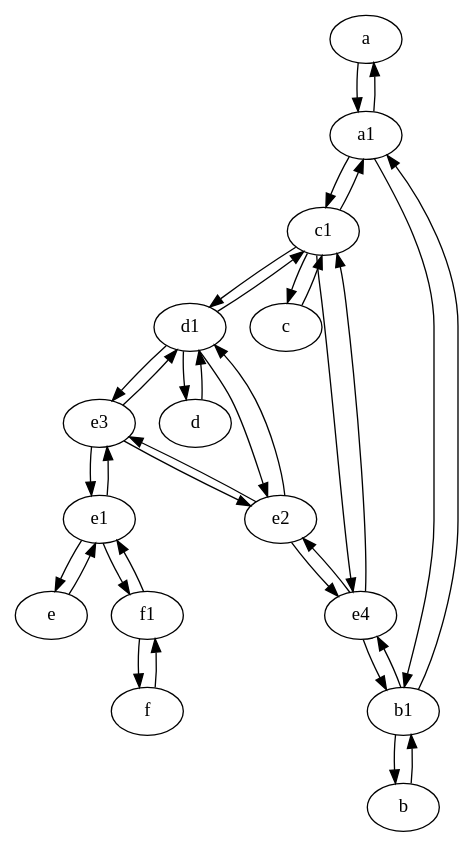
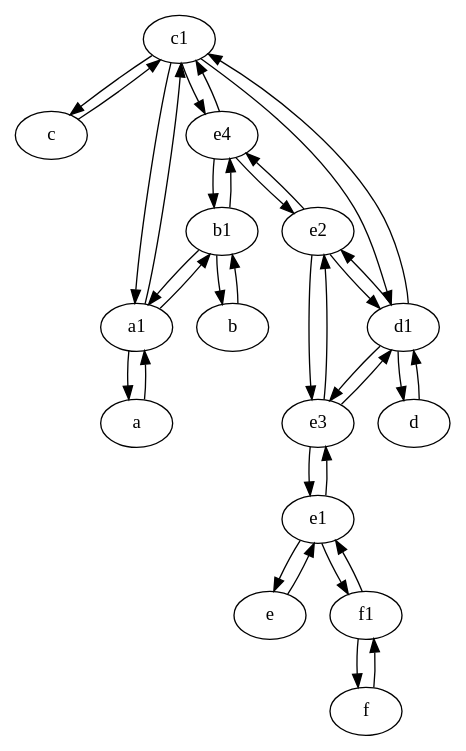
The diagram in results_distance/6et1/topologyorig.dot (anisabnis/graph_inference), drawn with Graphviz before and after one commit. The commit also changed other lines of this file and 156 other files, not shown here.

```diff
--- a/results_distance/6et1/topologyorig.dot
+++ b/results_distance/6et1/topologyorig.dot
@@ -1,52 +1,52 @@
 digraph  {
+	c1 [pos="30,15!"];
+	f [pos="15,45!"];
+	c [pos="20,10!"];
+	e4;
+	a1 [pos="40,15!"];
+	e1 [pos="25,45!"];
 	a [pos="40,10!"];
-	b1 [pos="45,20!"];
-	c1 [pos="30,15!"];
-	d1 [pos="25,30!"];
-	e4;
-	e2;
 	d [pos="20,30!"];
 	e [pos="30,50!"];
+	b1 [pos="45,20!"];
 	b [pos="50,20!"];
 	e3;
 	f1;
-	f [pos="15,45!"];
-	c [pos="20,10!"];
-	e1 [pos="25,45!"];
-	a1 [pos="40,15!"];
+	d1 [pos="25,30!"];
+	e2;
+	e2 -> d1;
+	f1 -> f;
+	e2 -> e3;
+	e1 -> f1;
+	a1 -> c1;
 	d -> d1;
 	a1 -> a;
+	e3 -> e1;
+	e1 -> e3;
+	d1 -> c1;
+	e2 -> e4;
+	d1 -> d;
+	e4 -> b1;
+	c1 -> d1;
+	e1 -> e;
+	e -> e1;
+	c1 -> c;
+	a1 -> b1;
+	f -> f1;
+	e4 -> c1;
 	b -> b1;
-	e4 -> c1;
-	f -> f1;
+	f1 -> e1;
+	c -> c1;
+	a -> a1;
+	b1 -> b;
+	c1 -> e4;
+	e4 -> e2;
+	c1 -> a1;
+	e3 -> d1;
+	d1 -> e2;
+	e3 -> e2;
+	b1 -> a1;
 	d1 -> e3;
-	e4 -> e2;
-	c1 -> d1;
-	c1 -> a1;
-	a1 -> c1;
-	d1 -> d;
-	b1 -> b;
-	e1 -> f1;
-	a -> a1;
-	c -> c1;
-	e4 -> b1;
-	e1 -> e3;
-	e3 -> d1;
-	f1 -> f;
-	a1 -> b1;
 	b1 -> e4;
-	c1 -> e4;
-	d1 -> e2;
-	e2 -> e4;
-	d1 -> c1;
-	e2 -> e3;
-	c1 -> c;
-	e2 -> d1;
-	e3 -> e2;
-	f1 -> e1;
-	b1 -> a1;
-	e -> e1;
-	e1 -> e;
-	e3 -> e1;
 
 	}
```
